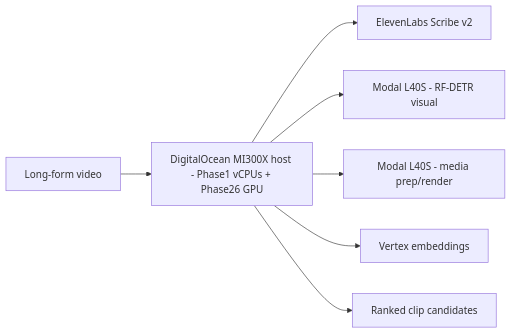
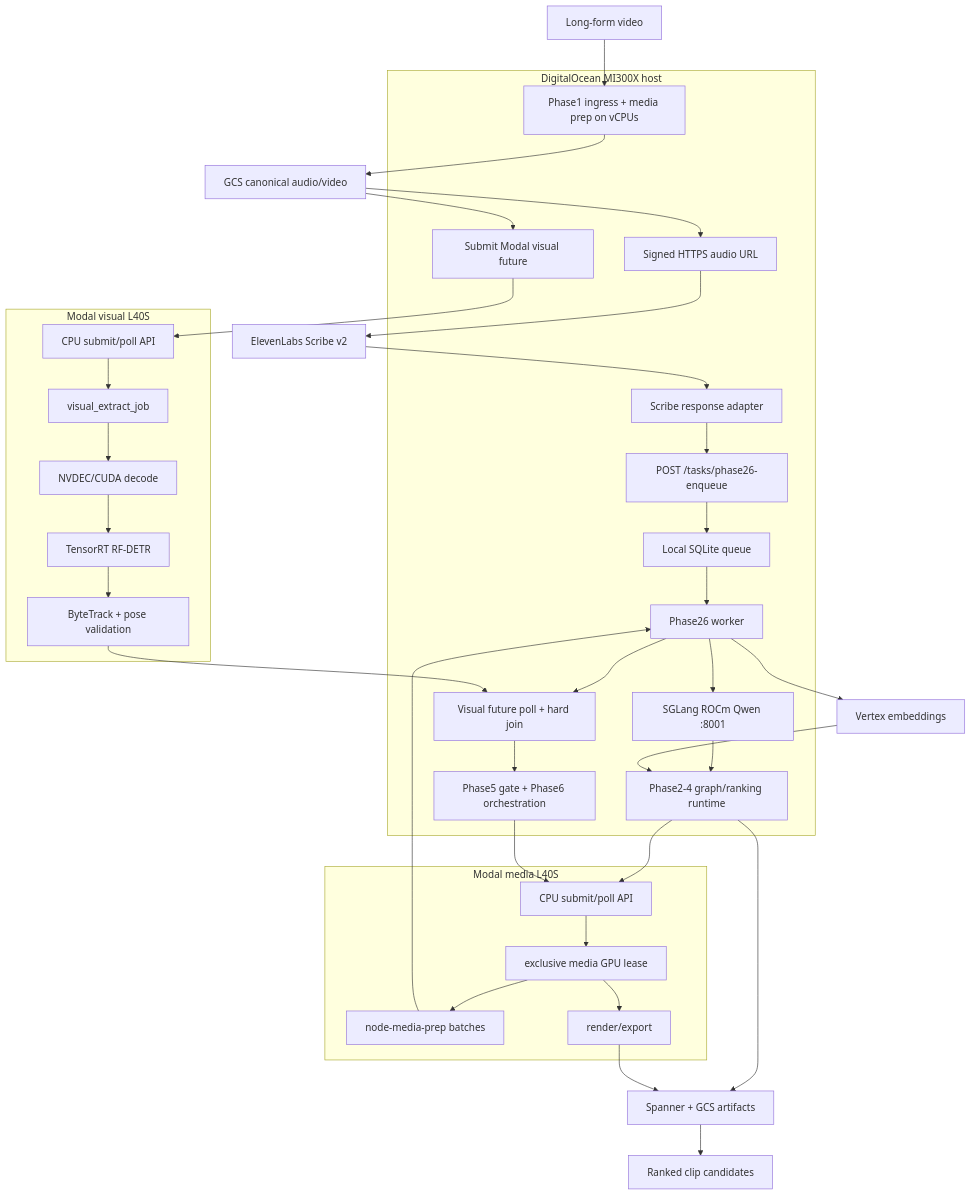
The first of 2 diagrams in README.md (ClyptAI/Clypt-Backend), drawn with Mermaid before and after one commit. The commit also changed other lines of this file and 8 other files, not shown here.

````diff
--- a/README.md
+++ b/README.md
@@ -39,17 +39,51 @@
 ```mermaid
-flowchart LR
+flowchart TD
   source["Long-form video"]
-  phase_host["DigitalOcean MI300X host - Phase1 vCPUs + Phase26 GPU"]
+  gcs["GCS canonical audio/video"]
   scribe["ElevenLabs Scribe v2"]
-  visual["Modal L40S - RF-DETR visual"]
-  modal["Modal L40S - media prep/render"]
   vertex["Vertex embeddings"]
-  out["Ranked clip candidates"]
+  spanner["Spanner + GCS artifacts"]
+  ranked["Ranked clip candidates"]
 
-  source --> phase_host
-  phase_host --> scribe
-  phase_host --> visual
-  phase_host --> modal
-  phase_host --> vertex
-  phase_host --> out
+  subgraph host["DigitalOcean MI300X host"]
+    ingress["Phase1 ingress + media prep on vCPUs"]
+    sign["Signed HTTPS audio URL"]
+    visualSubmit["Submit Modal visual future"]
+    adapt["Scribe response adapter"]
+    dispatch["POST /tasks/phase26-enqueue"]
+    queue["Local SQLite queue"]
+    worker["Phase26 worker"]
+    qwen["SGLang ROCm Qwen :8001"]
+    visualJoin["Visual future poll + hard join"]
+    phase24["Phase2-4 graph/ranking runtime"]
+    phase56["Phase5 gate + Phase6 orchestration"]
+  end
+
+  subgraph visualPool["Modal visual L40S"]
+    visualApi["CPU submit/poll API"]
+    visualGpu["visual_extract_job"]
+    decode["NVDEC/CUDA decode"]
+    rfdetr["TensorRT RF-DETR"]
+    track["ByteTrack + pose validation"]
+  end
+
+  subgraph mediaPool["Modal media L40S"]
+    mediaApi["CPU submit/poll API"]
+    lease["exclusive media GPU lease"]
+    prep["node-media-prep batches"]
+    render["render/export"]
+  end
+
+  source --> ingress --> gcs
+  gcs --> sign --> scribe --> adapt
+  gcs --> visualSubmit --> visualApi --> visualGpu --> decode --> rfdetr --> track
+  adapt --> dispatch --> queue --> worker
+  worker --> qwen --> phase24
+  worker --> visualJoin
+  track --> visualJoin
+  phase24 --> mediaApi --> lease --> prep --> worker
+  worker --> vertex --> phase24
+  phase24 --> spanner --> ranked
+  visualJoin --> phase56 --> mediaApi
+  lease --> render --> spanner
 ```
````
